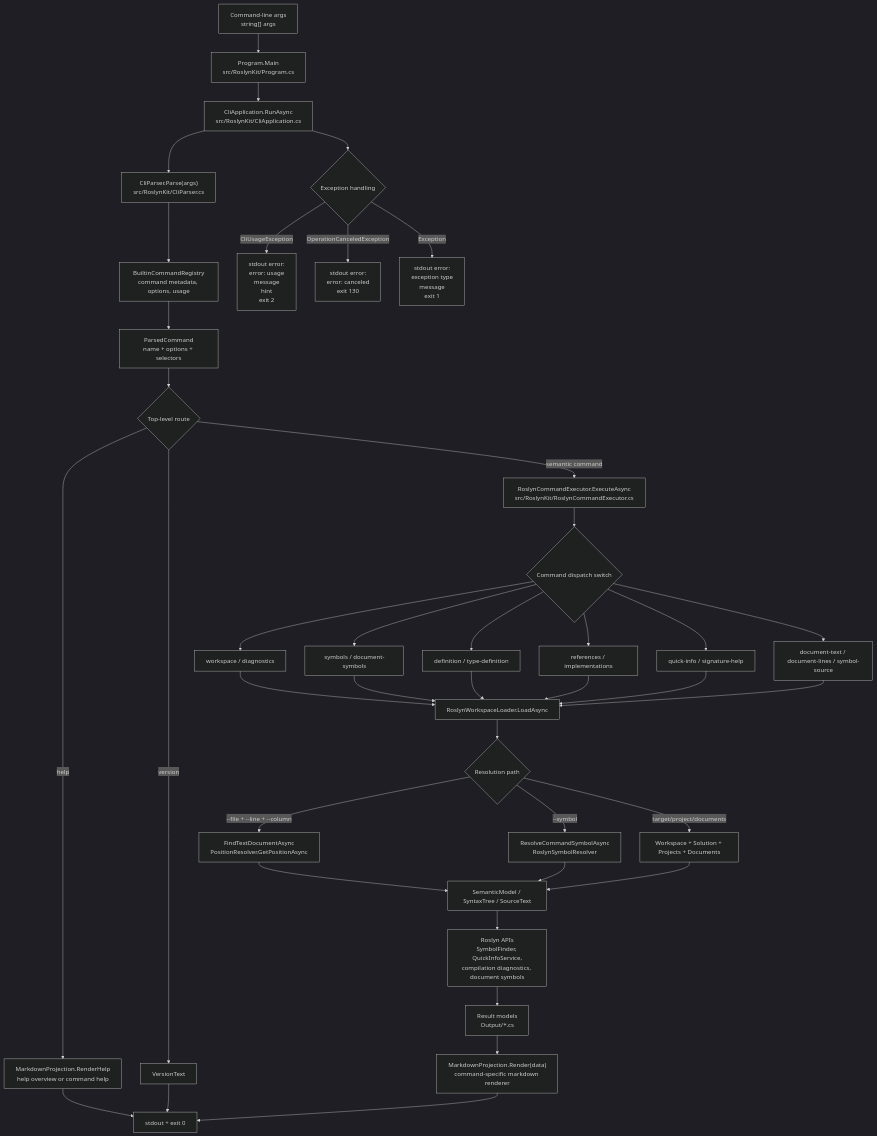
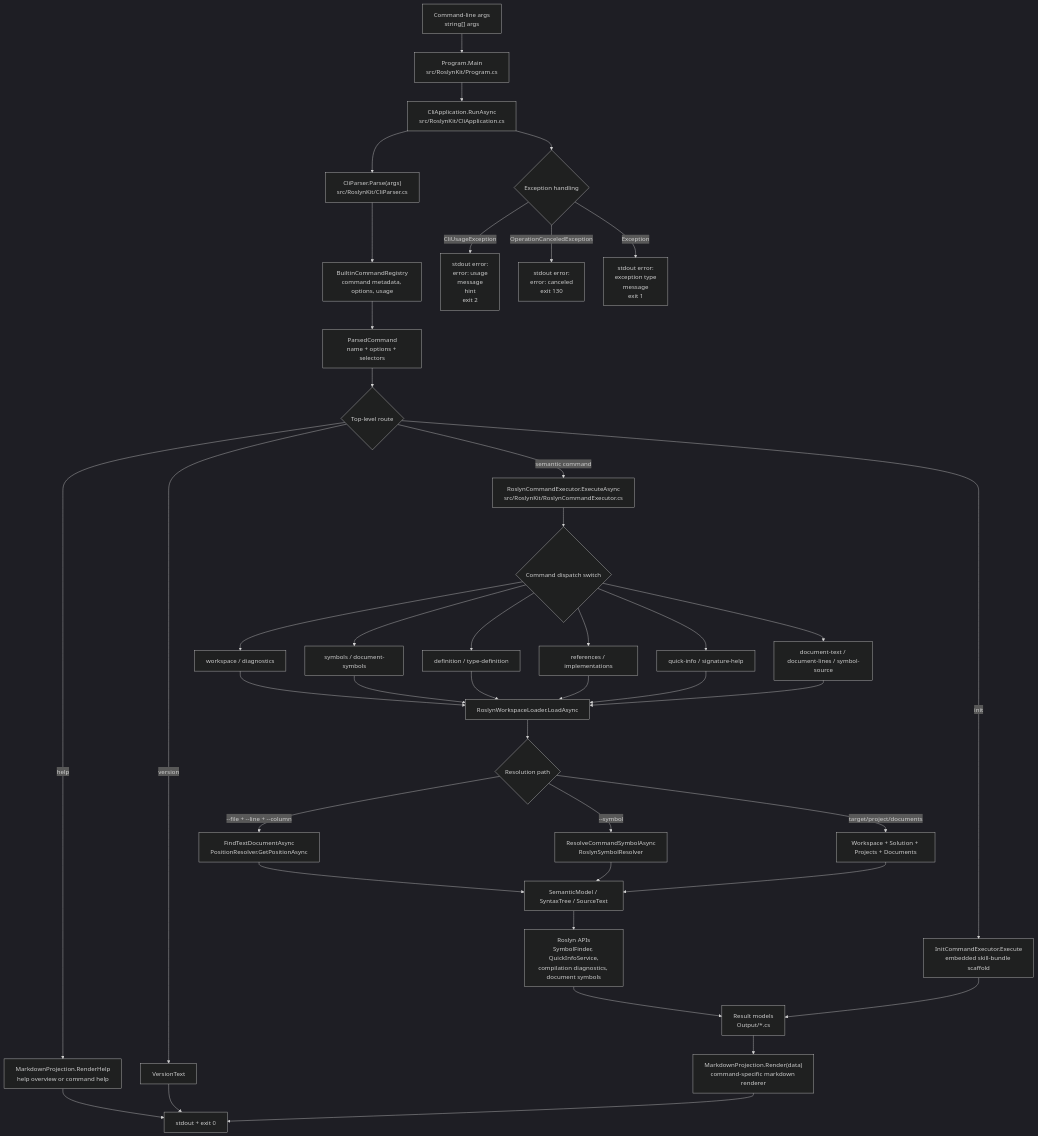
One commit to jgador/roslynkit changed the diagram in .codex/atlas/repo-map.md. Above: the diagram before and after it, drawn with Mermaid (dark theme). The commit also changed other lines of this file and 25 other files, not shown here.

First line of the commit message:
feat: scaffold RoslynKit skill bundles

````diff
--- a/.codex/atlas/repo-map.md
+++ b/.codex/atlas/repo-map.md
@@ -23,51 +23,53 @@
 ```mermaid
 flowchart TD
     A["Command-line args<br/>string[] args"] --> B["Program.Main<br/>src/RoslynKit/Program.cs"]
     B --> C["CliApplication.RunAsync<br/>src/RoslynKit/CliApplication.cs"]
 
     C --> D["CliParser.Parse(args)<br/>src/RoslynKit/CliParser.cs"]
     D --> E["BuiltinCommandRegistry<br/>command metadata, options, usage"]
     E --> F["ParsedCommand<br/>name + options + selectors"]
 
     F --> G{"Top-level route"}
     G -->|help| H["MarkdownProjection.RenderHelp<br/>help overview or command help"]
     G -->|version| I["VersionText"]
+    G -->|init| IA["InitCommandExecutor.Execute<br/>embedded skill-bundle scaffold"]
     G -->|semantic command| J["RoslynCommandExecutor.ExecuteAsync<br/>src/RoslynKit/RoslynCommandExecutor.cs"]
 
     J --> K{"Command dispatch switch"}
     K --> L["workspace / diagnostics"]
     K --> M["symbols / document-symbols"]
     K --> N["definition / type-definition"]
     K --> O["references / implementations"]
     K --> P["quick-info / signature-help"]
     K --> Q["document-text / document-lines / symbol-source"]
 
     L --> R["RoslynWorkspaceLoader.LoadAsync"]
     M --> R
     N --> R
     O --> R
     P --> R
     Q --> R
 
     R --> S{"Resolution path"}
     S -->|target/project/documents| T["Workspace + Solution + Projects + Documents"]
     S -->|--file + --line + --column| U["FindTextDocumentAsync<br/>PositionResolver.GetPositionAsync"]
     S -->|--symbol| V["ResolveCommandSymbolAsync<br/>RoslynSymbolResolver"]
 
     U --> W["SemanticModel / SyntaxTree / SourceText"]
     V --> W
     T --> W
 
     W --> X["Roslyn APIs<br/>SymbolFinder, QuickInfoService,<br/>compilation diagnostics, document symbols"]
     X --> Y["Result models<br/>Output/*.cs"]
     Y --> Z["MarkdownProjection.Render(data)<br/>command-specific markdown renderer"]
 
     H --> OUT["stdout + exit 0"]
     I --> OUT
+    IA --> Y
     Z --> OUT
 
     C --> ERR{"Exception handling"}
     ERR -->|CliUsageException| E2["stdout error:<br/>error: usage<br/>message<br/>hint<br/>exit 2"]
     ERR -->|OperationCanceledException| E3["stdout error:<br/>error: canceled<br/>exit 130"]
     ERR -->|Exception| E4["stdout error:<br/>exception type<br/>message<br/>exit 1"]
 ```
````
